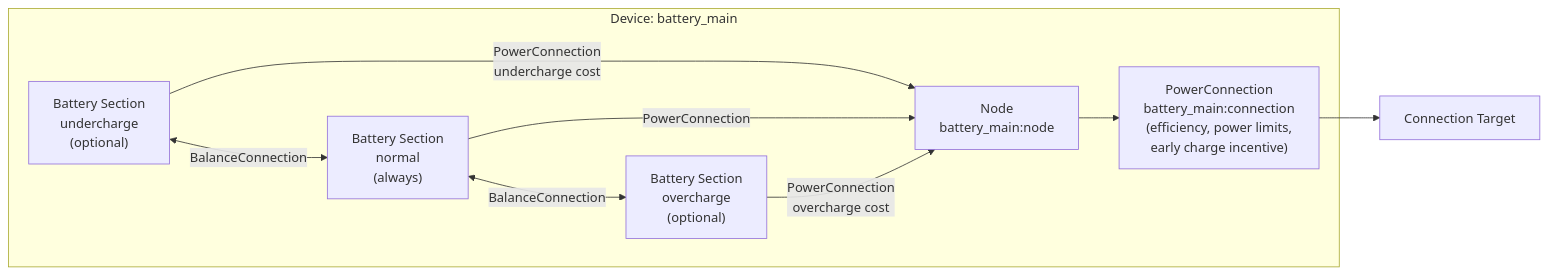
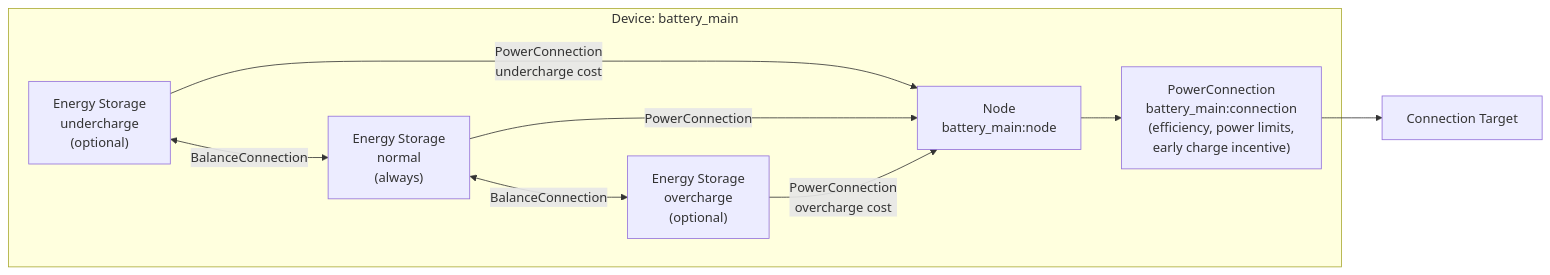
Before and after one commit to hass-energy/haeo: the diagram in docs/modeling/device-layer/battery.md, drawn with Mermaid. The commit also changed other lines of this file and 18 other files, not shown here.

First line of the commit message:
Rename documentation: Battery→EnergyStorage, section→partition

````diff
--- a/docs/modeling/device-layer/battery.md
+++ b/docs/modeling/device-layer/battery.md
@@ -7,22 +7,22 @@
 ```mermaid
 graph LR
     subgraph "Device: battery_main"
-        BU["Battery Section<br/>undercharge<br/>(optional)"]
-        BN["Battery Section<br/>normal<br/>(always)"]
-        BO["Battery Section<br/>overcharge<br/>(optional)"]
+        BU["Energy Storage<br/>undercharge<br/>(optional)"]
+        BN["Energy Storage<br/>normal<br/>(always)"]
+        BO["Energy Storage<br/>overcharge<br/>(optional)"]
         Node["Node<br/>battery_main:node"]
 
         BU -->|PowerConnection<br/>undercharge cost| Node
         BU <-->|BalanceConnection| BN
         BN -->|PowerConnection| Node
         BN <-->|BalanceConnection| BO
         BO -->|PowerConnection<br/>overcharge cost| Node
 
         Conn["PowerConnection<br/>battery_main:connection<br/>(efficiency, power limits,<br/>early charge incentive)"]
 
     end
     Target[Connection Target]
 
     Node --> Conn
     Conn --> Target
 ```
````
